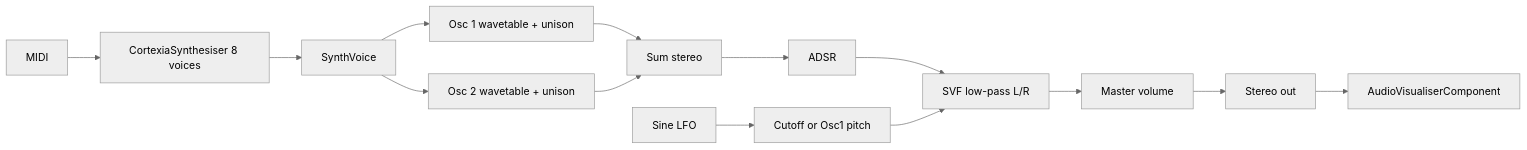
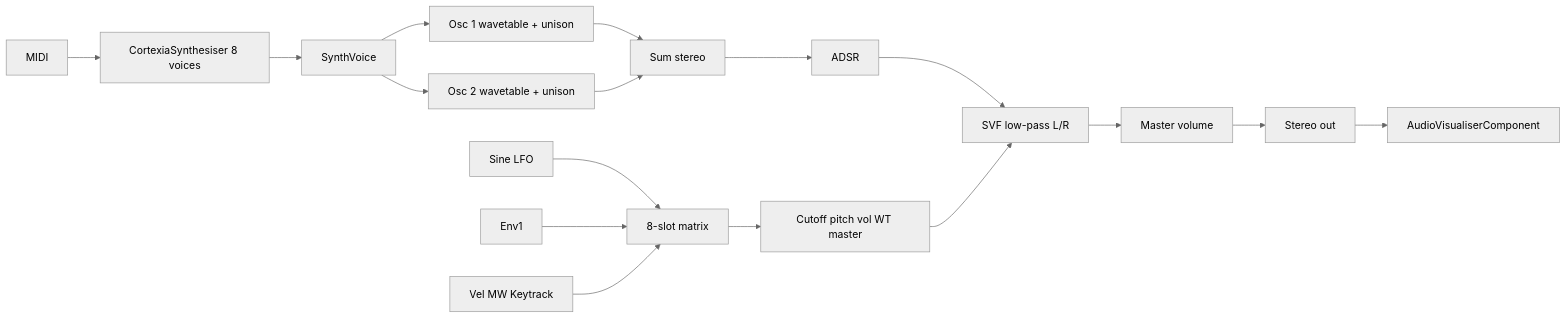
Before and after one commit to mohamed-bdira/Cortexia: the diagram in PROGRESS.md, drawn with Mermaid (neutral theme). The commit also changed other lines of this file and 12 other files, not shown here.

````diff
--- a/PROGRESS.md
+++ b/PROGRESS.md
@@ -57,16 +58,19 @@
 ```mermaid
 flowchart LR
   MIDI --> Synth["CortexiaSynthesiser 8 voices"]
   Synth --> Voice[SynthVoice]
   Voice --> Osc1["Osc 1 wavetable + unison"]
   Voice --> Osc2["Osc 2 wavetable + unison"]
   Osc1 --> Mix[Sum stereo]
   Osc2 --> Mix
   Mix --> ADSR
   ADSR --> SVF["SVF low-pass L/R"]
-  LFO["Sine LFO"] --> CutoffOrPitch["Cutoff or Osc1 pitch"]
-  CutoffOrPitch --> SVF
+  Matrix["8-slot matrix"] --> Dests["Cutoff pitch vol WT master"]
+  LFO["Sine LFO"] --> Matrix
+  Env[Env1] --> Matrix
+  VelMW["Vel MW Keytrack"] --> Matrix
+  Dests --> SVF
   SVF --> Master["Master volume"]
   Master --> Out[Stereo out]
   Out --> Scope["AudioVisualiserComponent"]
 ```
````
